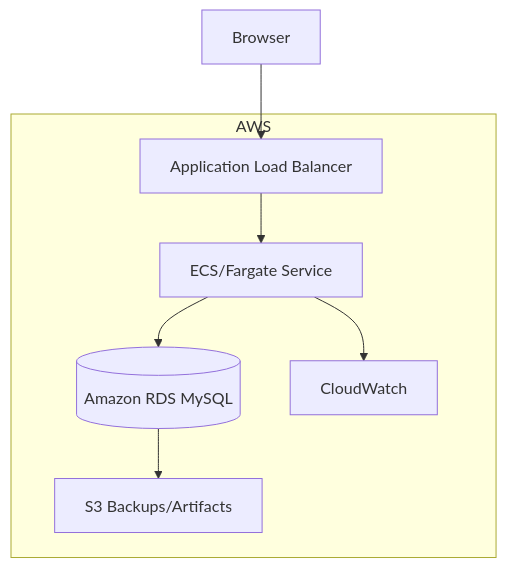
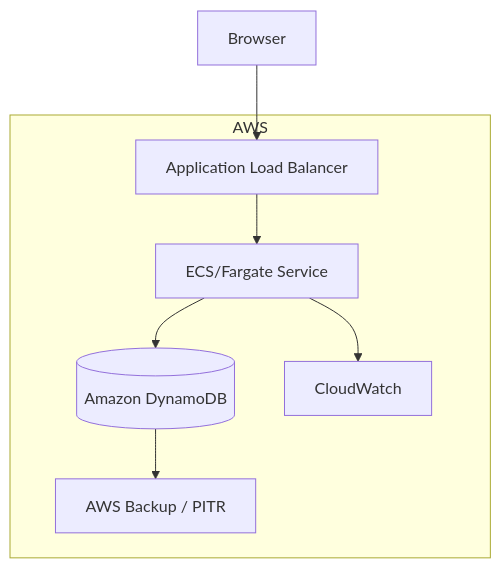
Before and after one commit to sayef-reyadh/smart-todo: the fourth of 4 diagrams in docs/19-system-design.md, drawn with Mermaid. The commit also changed other lines of this file and 9 other files, not shown here.

````diff
--- a/docs/19-system-design.md
+++ b/docs/19-system-design.md
@@ -88,13 +88,13 @@
 ```mermaid
 flowchart TD
   subgraph AWS
     ALB[Application Load Balancer]
     ECS[ECS/Fargate Service]
-    RDS[(Amazon RDS MySQL)]
+    DDB[(Amazon DynamoDB)]
     CW[CloudWatch]
-    S3[S3 Backups/Artifacts]
+    BKP[AWS Backup / PITR]
   end
-  Client[Browser] --> ALB --> ECS --> RDS
+  Client[Browser] --> ALB --> ECS --> DDB
   ECS --> CW
-  RDS --> S3
+  DDB --> BKP
 ```
````
